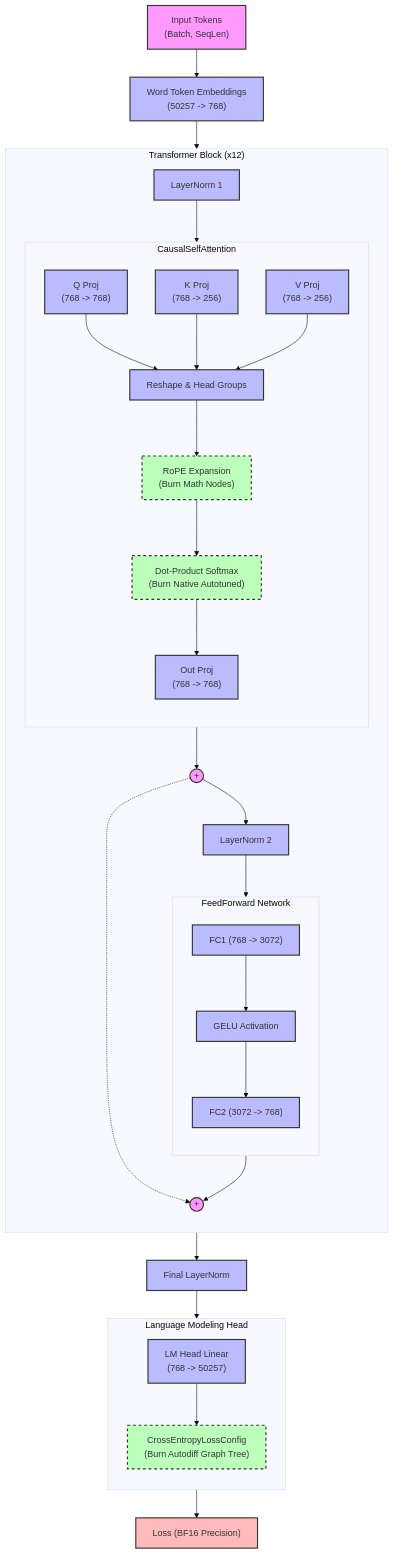
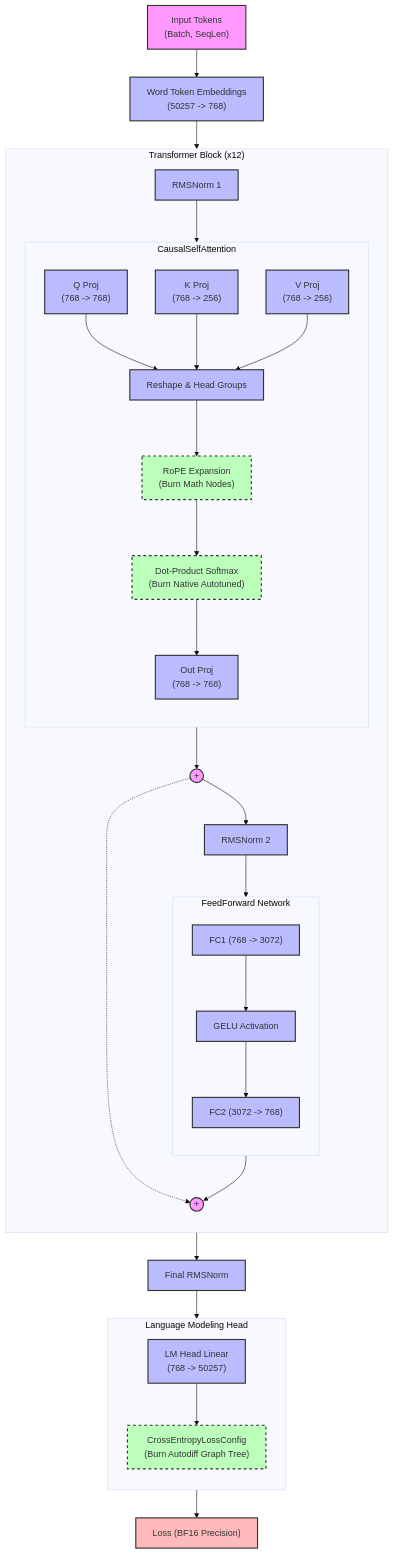
The diagram in architecture.mmd (ltouati/tiny-llm), drawn with Mermaid (base theme) before and after one commit. The commit also changed 10 other files, not shown here.

Commit message:
feat: implement RMSNorm, optimize training loop for profiling, and update architecture docs

```diff
--- a/architecture.mmd
+++ b/architecture.mmd
@@ -1,74 +1,74 @@
 graph TD
     classDef tensor fill:#f9f,stroke:#333,stroke-width:2px;
     classDef layer fill:#bbf,stroke:#333,stroke-width:2px;
     classDef custom fill:#bfb,stroke:#333,stroke-width:2px,stroke-dasharray: 5 5;
     classDef loss fill:#fbb,stroke:#333,stroke-width:2px;
 
     Input["Input Tokens\n(Batch, SeqLen)"]:::tensor --> WTE["Word Token Embeddings\n(50257 -> 768)"]:::layer
 
     subgraph TransformerBlock["Transformer Block (x12)"]
         direction TB
-        LN1["LayerNorm 1"]:::layer
+        LN1["RMSNorm 1"]:::layer
         
         subgraph Attention["CausalSelfAttention"]
             direction TB
             Q["Q Proj\n(768 -> 768)"]:::layer
             K["K Proj\n(768 -> 256)"]:::layer
             V["V Proj\n(768 -> 256)"]:::layer
             
             ReshapeQ["Reshape & Head Groups"]:::layer
             
             Q --> ReshapeQ
             K --> ReshapeQ
             V --> ReshapeQ
             
             RoPE["RoPE Expansion\n(Burn Math Nodes)"]:::custom
             
             ReshapeQ --> RoPE
             
             Flash["Dot-Product Softmax\n(Burn Native Autotuned)"]:::custom
             
             RoPE --> Flash
             
             OutProj["Out Proj\n(768 -> 768)"]:::layer
             Flash --> OutProj
         end
 
         LN1 --> Attention
         
         Add1((+)):::tensor
         
-        LN2["LayerNorm 2"]:::layer
+        LN2["RMSNorm 2"]:::layer
         
         subgraph FFN["FeedForward Network"]
             direction TB
             FC1["FC1 (768 -> 3072)"]:::layer
             GELU["GELU Activation"]:::layer
             FC2["FC2 (3072 -> 768)"]:::layer
             FC1 --> GELU --> FC2
         end
 
         Add2((+)):::tensor
         
         Attention --> Add1
         Add1 --> LN2
         LN2 --> FFN
         FFN --> Add2
     end
 
     WTE --> LN1
     Add1 -.-> Add2
 
-    LNFinal["Final LayerNorm"]:::layer
+    LNFinal["Final RMSNorm"]:::layer
     Add2 --> LNFinal
 
     subgraph LMHead["Language Modeling Head"]
         direction TB
         LMLinear["LM Head Linear\n(768 -> 50257)"]:::layer
         Loss["CrossEntropyLossConfig\n(Burn Autodiff Graph Tree)"]:::custom
         
         LMLinear --> Loss
     end
 
     LNFinal --> LMLinear
     Loss --> Output["Loss (BF16 Precision)"]:::loss
```
